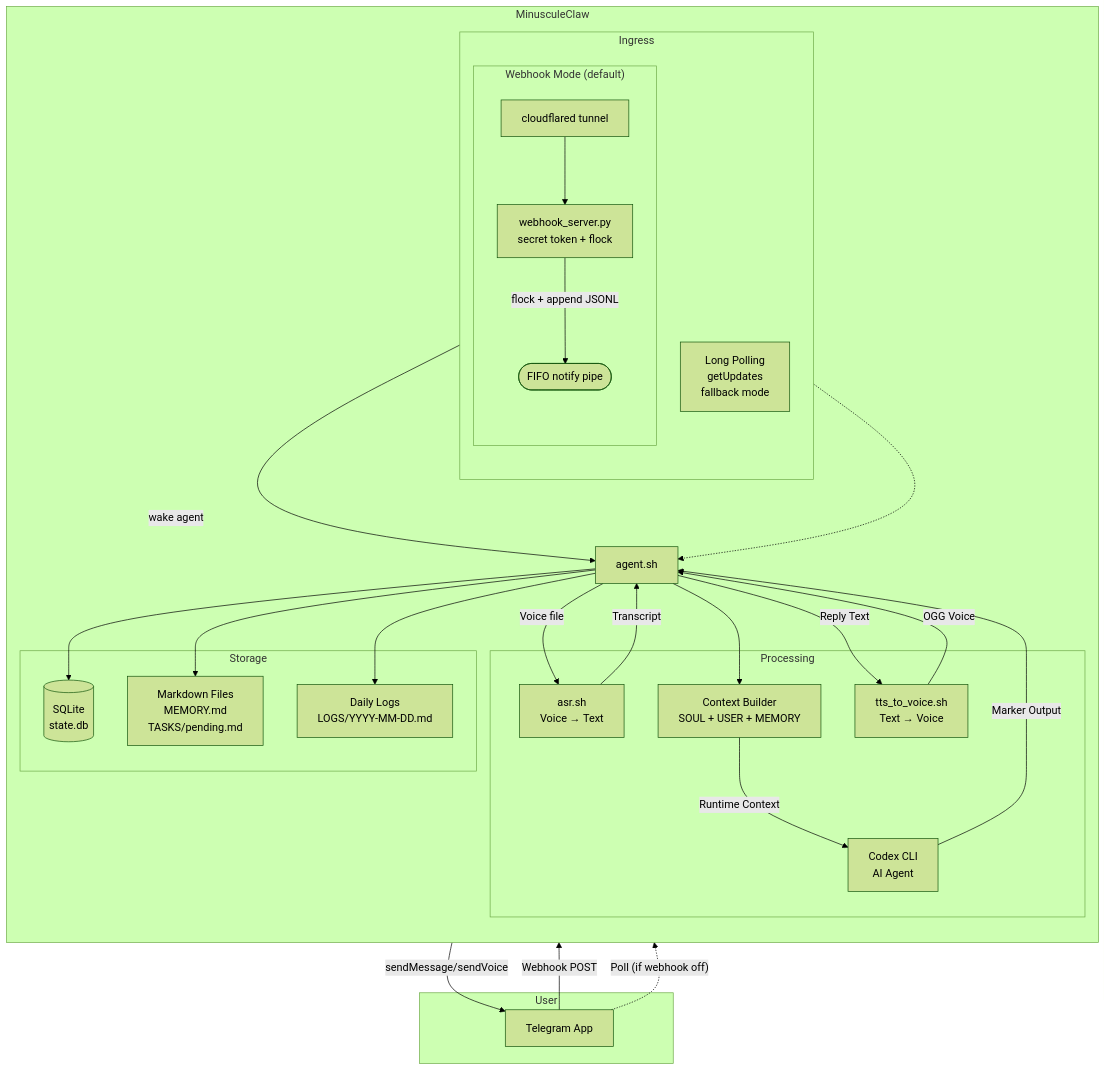
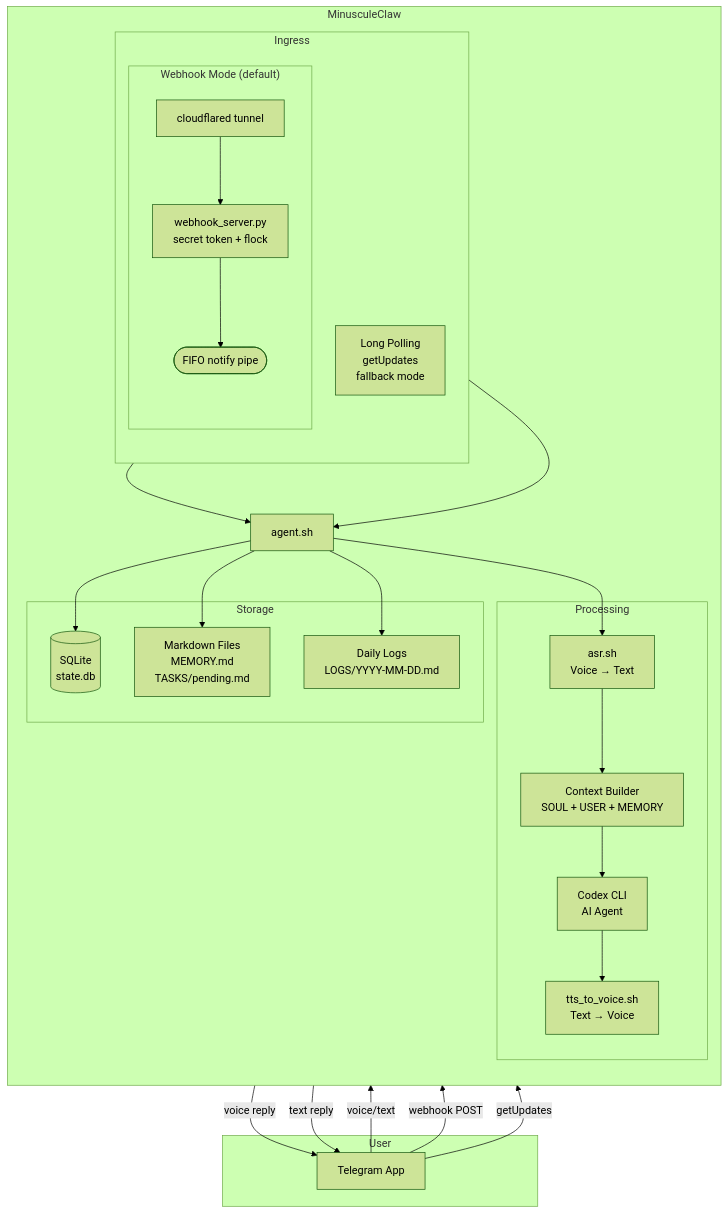
The sixth of 9 diagrams in README.md (lsj5031/ShellClaw), drawn with Mermaid (forest theme) before and after one commit. The commit also changed other lines of this file and 2 other files, not shown here.

````diff
--- a/README.md
+++ b/README.md
@@ -220,57 +324,50 @@
 ```mermaid
 flowchart TB
     subgraph User
         TG[Telegram App]
     end
 
     subgraph MinusculeClaw
         direction TB
         AGENT[agent.sh]
 
         subgraph Ingress
             direction TB
             subgraph webhook_path["Webhook Mode (default)"]
                 CF[cloudflared tunnel]
                 WH[webhook_server.py<br/>secret token + flock]
                 FIFO([FIFO notify pipe])
             end
             POLL[Long Polling<br/>getUpdates<br/>fallback mode]
         end
 
         subgraph Processing
             ASR[asr.sh<br/>Voice → Text]
             CTX[Context Builder<br/>SOUL + USER + MEMORY]
             CODEX[Codex CLI<br/>AI Agent]
             TTS[tts_to_voice.sh<br/>Text → Voice]
         end
 
         subgraph Storage
             SQLITE[(SQLite<br/>state.db)]
             MD[Markdown Files<br/>MEMORY.md<br/>TASKS/pending.md]
             LOGS[Daily Logs<br/>LOGS/YYYY-MM-DD.md]
         end
     end
 
-    TG -->|"Webhook POST"| CF
-    CF --> WH
-    WH -->|"flock + append JSONL"| FIFO
-    FIFO -->|"wake agent"| AGENT
-    TG -.->|"Poll (if webhook off)"| POLL
-    POLL -.-> AGENT
-
-    AGENT -->|"Voice file"| ASR
-    ASR -->|"Transcript"| AGENT
-
-    AGENT --> CTX
-    CTX -->|"Runtime Context"| CODEX
-    CODEX -->|"Marker Output"| AGENT
-
-    AGENT -->|"Reply Text"| TTS
-    TTS -->|"OGG Voice"| AGENT
-
-    AGENT -->|"sendMessage/sendVoice"| TG
-
+    TG -->|"voice/text"| AGENT
+    AGENT --> ASR
+    ASR --> CTX
+    CTX --> CODEX
+    CODEX --> TTS
+    TTS -->|"voice reply"| TG
+    CODEX -->|"text reply"| TG
     AGENT --> SQLITE
     AGENT --> MD
     AGENT --> LOGS
+
+    CF --> WH --> FIFO --> AGENT
+    TG -->|"webhook POST"| CF
+    TG -->|"getUpdates"| POLL
+    POLL --> AGENT
 ```
````
